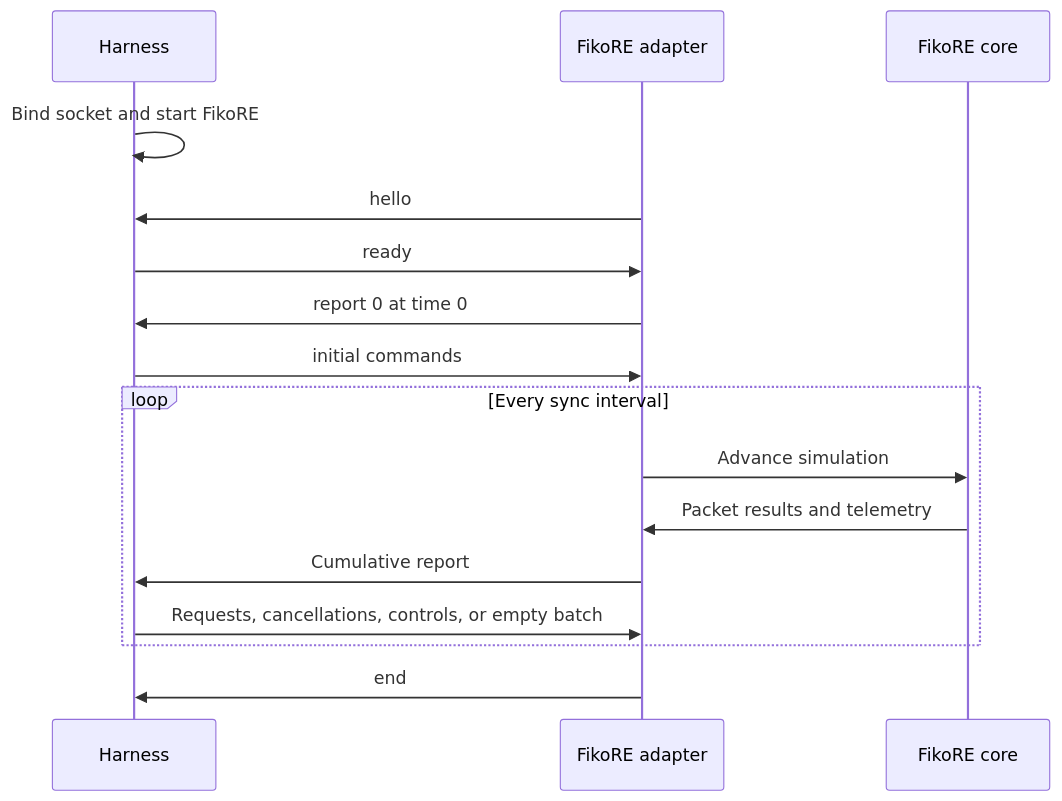
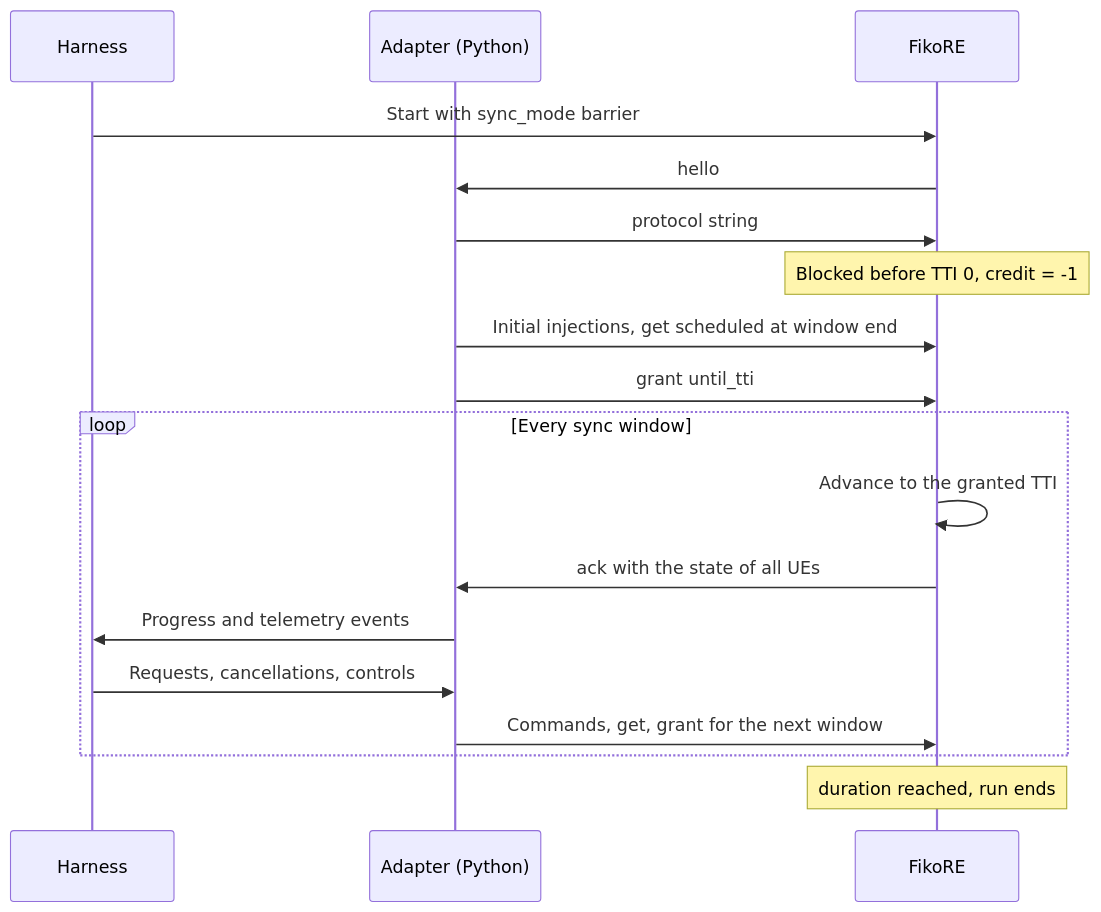
One commit to VQEG/cap-csp-collaboration-test-pilot changed the diagram in docs/fikore-cosim.md. Above: the diagram before and after it, drawn with Mermaid. The commit also changed other lines of this file and 9 other files, not shown here.

Commit message:
docs: align co-simulation with FikoRE's control protocol

````diff
--- a/docs/fikore-cosim.md
+++ b/docs/fikore-cosim.md
@@ -46,18 +54,20 @@
 ```mermaid
 sequenceDiagram
     participant H as Harness
-    participant A as FikoRE adapter
-    participant F as FikoRE core
-    H->>H: Bind socket and start FikoRE
-    A->>H: hello
-    H->>A: ready
-    A->>H: report 0 at time 0
-    H->>A: initial commands
-    loop Every sync interval
-        A->>F: Advance simulation
-        F->>A: Packet results and telemetry
-        A->>H: Cumulative report
-        H->>A: Requests, cancellations, controls, or empty batch
+    participant A as Adapter (Python)
+    participant F as FikoRE
+    H->>F: Start with sync_mode barrier
+    F->>A: hello
+    A->>F: protocol string
+    Note over F: Blocked before TTI 0, credit = -1
+    A->>F: Initial injections, get scheduled at window end
+    A->>F: grant until_tti
+    loop Every sync window
+        F->>F: Advance to the granted TTI
+        F->>A: ack with the state of all UEs
+        A->>H: Progress and telemetry events
+        H->>A: Requests, cancellations, controls
+        A->>F: Commands, get, grant for the next window
     end
-    A->>H: end
+    Note over F: duration reached, run ends
 ```
````
